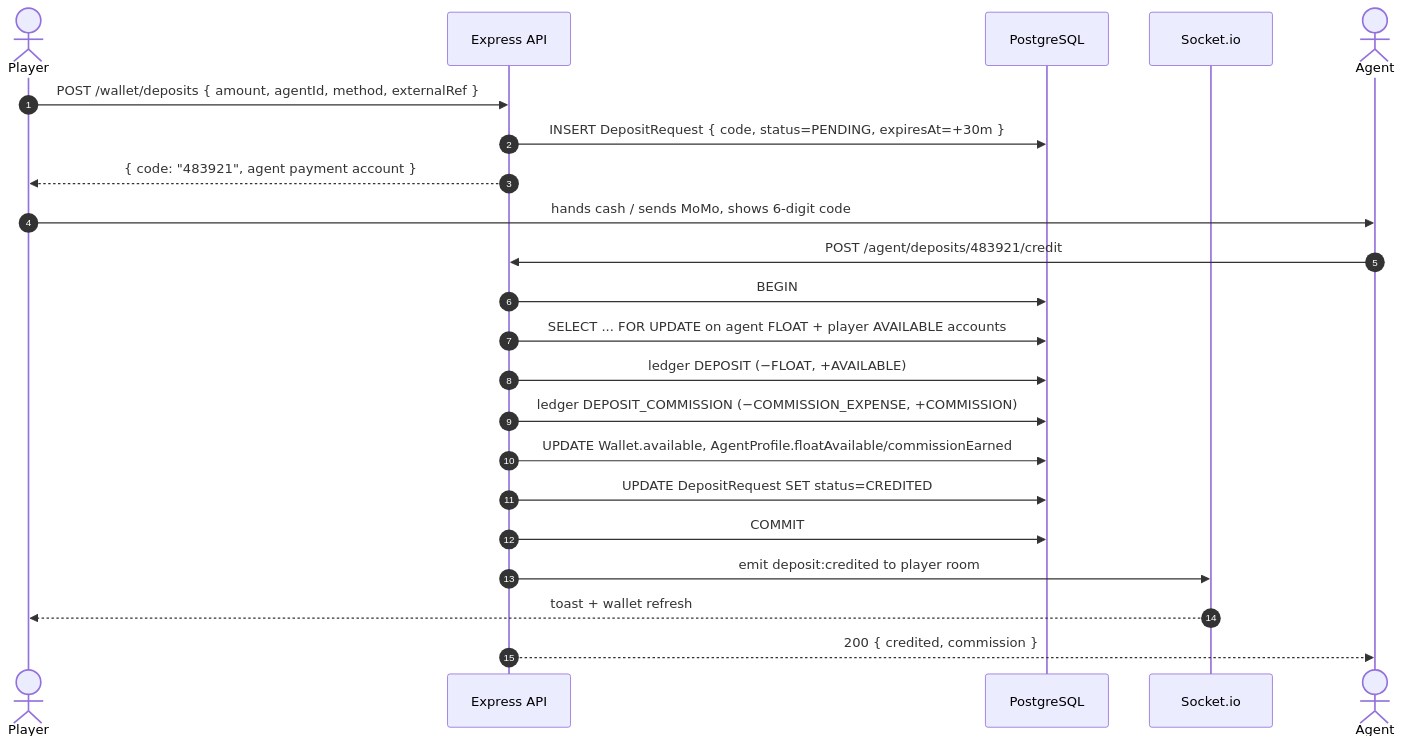
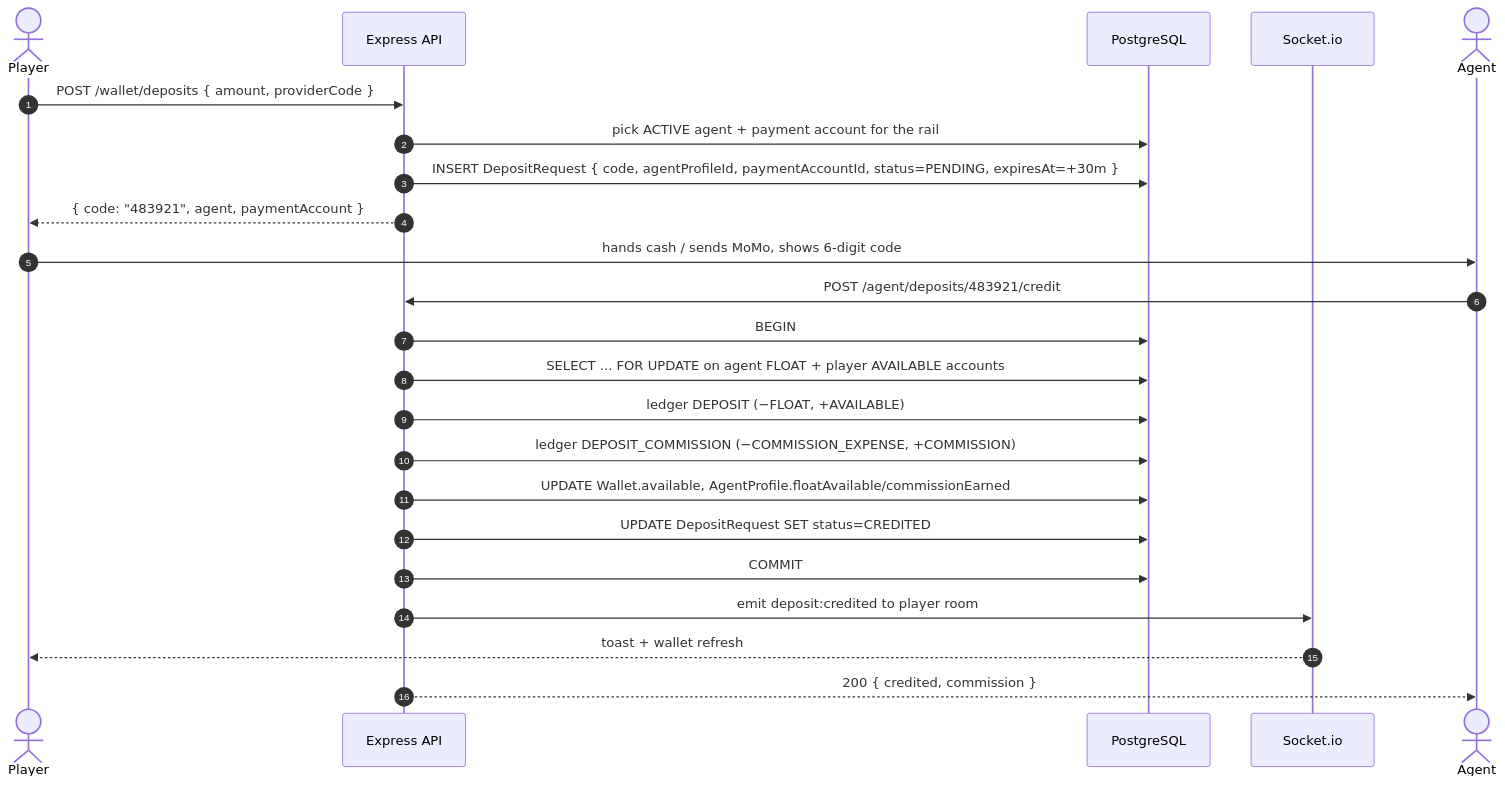
Before and after one commit to devet360/bingo: the fourth of 6 diagrams in docs/ARCHITECTURE.md, drawn with Mermaid. The commit also changed other lines of this file and 68 other files, not shown here.

Commit message:
Add tests for receipt normalization and verification logic; implement agent settings and deposit provider management UI

````diff
--- a/docs/ARCHITECTURE.md
+++ b/docs/ARCHITECTURE.md
@@ -294,25 +325,26 @@
 ```mermaid
 sequenceDiagram
   autonumber
   actor P as Player
   participant API as Express API
   participant DB as PostgreSQL
   participant S as Socket.io
   actor A as Agent
 
-  P->>API: POST /wallet/deposits { amount, agentId, method, externalRef }
-  API->>DB: INSERT DepositRequest { code, status=PENDING, expiresAt=+30m }
-  API-->>P: { code: "483921", agent payment account }
+  P->>API: POST /wallet/deposits { amount, providerCode }
+  API->>DB: pick ACTIVE agent + payment account for the rail
+  API->>DB: INSERT DepositRequest { code, agentProfileId, paymentAccountId, status=PENDING, expiresAt=+30m }
+  API-->>P: { code: "483921", agent, paymentAccount }
   P->>A: hands cash / sends MoMo, shows 6-digit code
   A->>API: POST /agent/deposits/483921/credit
   API->>DB: BEGIN
   API->>DB: SELECT ... FOR UPDATE on agent FLOAT + player AVAILABLE accounts
   API->>DB: ledger DEPOSIT  (−FLOAT, +AVAILABLE)
   API->>DB: ledger DEPOSIT_COMMISSION (−COMMISSION_EXPENSE, +COMMISSION)
   API->>DB: UPDATE Wallet.available, AgentProfile.floatAvailable/commissionEarned
   API->>DB: UPDATE DepositRequest SET status=CREDITED
   API->>DB: COMMIT
   API->>S: emit deposit:credited to player room
   S-->>P: toast + wallet refresh
   API-->>A: 200 { credited, commission }
 ```
````
